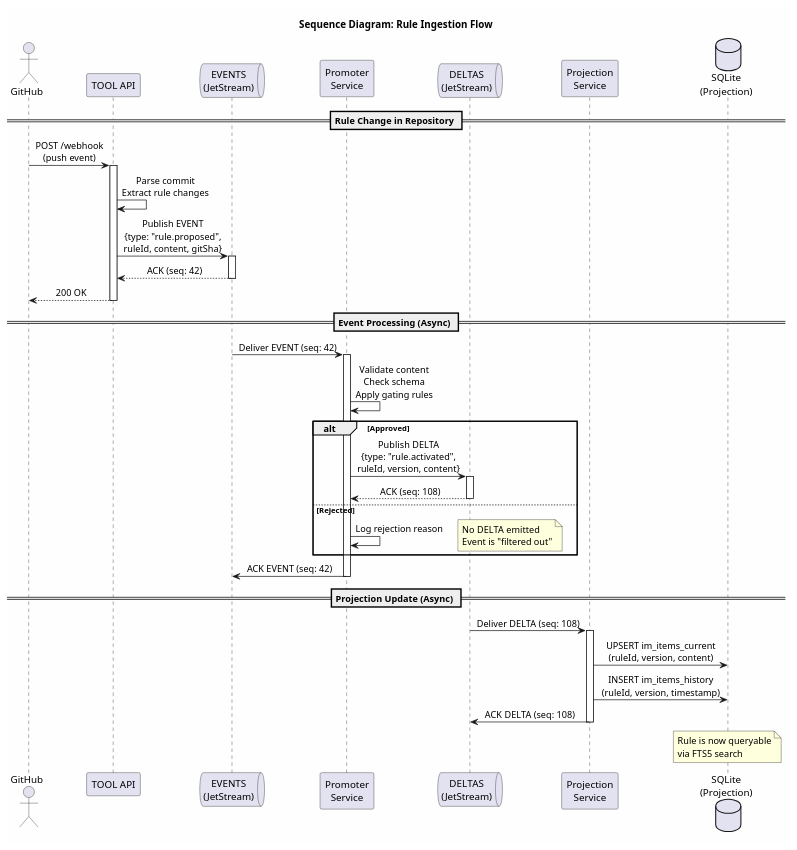
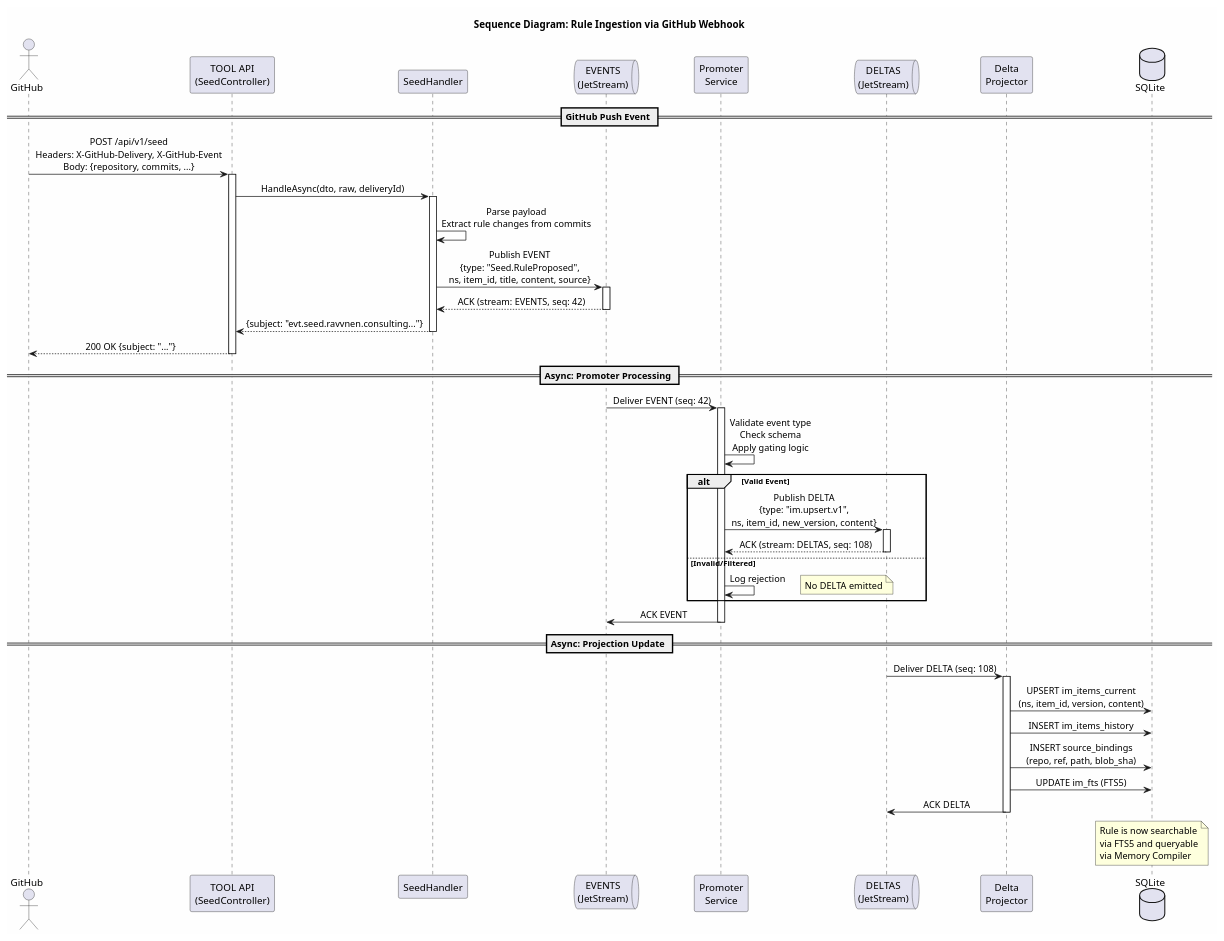
Before and after one commit to ravvnen/TOOL: the diagram in diagrams/seq_1_rule_ingestion.puml, drawn with PlantUML. The commit also changed 4 other files, not shown here.

First line of the commit message:
Fix remaining PlantUML diagrams for accuracy

```diff
--- a/diagrams/seq_1_rule_ingestion.puml
+++ b/diagrams/seq_1_rule_ingestion.puml
@@ -1,63 +1,72 @@
 @startuml Sequence_RuleIngestion
-title Sequence Diagram: Rule Ingestion Flow
+title Sequence Diagram: Rule Ingestion via GitHub Webhook
 
 skinparam backgroundColor #FEFEFE
 skinparam sequenceMessageAlign center
 
 actor "GitHub" as GH
-participant "TOOL API" as API
+participant "TOOL API\n(SeedController)" as API
+participant "SeedHandler" as HANDLER
 queue "EVENTS\n(JetStream)" as EVENTS
 participant "Promoter\nService" as PROMOTER
 queue "DELTAS\n(JetStream)" as DELTAS
-participant "Projection\nService" as PROJECTOR
-database "SQLite\n(Projection)" as DB
+participant "Delta\nProjector" as PROJECTOR
+database "SQLite" as DB
 
-== Rule Change in Repository ==
+== GitHub Push Event ==
 
-GH -> API: POST /webhook\n(push event)
+GH -> API: POST /api/v1/seed\nHeaders: X-GitHub-Delivery, X-GitHub-Event\nBody: {repository, commits, ...}
 activate API
 
-API -> API: Parse commit\nExtract rule changes
+API -> HANDLER: HandleAsync(dto, raw, deliveryId)
+activate HANDLER
 
-API -> EVENTS: Publish EVENT\n{type: "rule.proposed",\nruleId, content, gitSha}
+HANDLER -> HANDLER: Parse payload\nExtract rule changes from commits
+
+HANDLER -> EVENTS: Publish EVENT\n{type: "Seed.RuleProposed",\nns, item_id, title, content, source}
 activate EVENTS
-EVENTS --> API: ACK (seq: 42)
+EVENTS --> HANDLER: ACK (stream: EVENTS, seq: 42)
 deactivate EVENTS
 
-API --> GH: 200 OK
+HANDLER --> API: {subject: "evt.seed.ravvnen.consulting..."}
+deactivate HANDLER
+
+API --> GH: 200 OK {subject: "..."}
 deactivate API
 
-== Event Processing (Async) ==
+== Async: Promoter Processing ==
 
 EVENTS -> PROMOTER: Deliver EVENT (seq: 42)
 activate PROMOTER
 
-PROMOTER -> PROMOTER: Validate content\nCheck schema\nApply gating rules
+PROMOTER -> PROMOTER: Validate event type\nCheck schema\nApply gating logic
 
-alt Approved
-    PROMOTER -> DELTAS: Publish DELTA\n{type: "rule.activated",\nruleId, version, content}
+alt Valid Event
+    PROMOTER -> DELTAS: Publish DELTA\n{type: "im.upsert.v1",\nns, item_id, new_version, content}
     activate DELTAS
-    DELTAS --> PROMOTER: ACK (seq: 108)
+    DELTAS --> PROMOTER: ACK (stream: DELTAS, seq: 108)
     deactivate DELTAS
-else Rejected
-    PROMOTER -> PROMOTER: Log rejection reason
-    note right: No DELTA emitted\nEvent is "filtered out"
+else Invalid/Filtered
+    PROMOTER -> PROMOTER: Log rejection
+    note right: No DELTA emitted
 end
 
-PROMOTER -> EVENTS: ACK EVENT (seq: 42)
+PROMOTER -> EVENTS: ACK EVENT
 deactivate PROMOTER
 
-== Projection Update (Async) ==
+== Async: Projection Update ==
 
 DELTAS -> PROJECTOR: Deliver DELTA (seq: 108)
 activate PROJECTOR
 
-PROJECTOR -> DB: UPSERT im_items_current\n(ruleId, version, content)
-PROJECTOR -> DB: INSERT im_items_history\n(ruleId, version, timestamp)
+PROJECTOR -> DB: UPSERT im_items_current\n(ns, item_id, version, content)
+PROJECTOR -> DB: INSERT im_items_history
+PROJECTOR -> DB: INSERT source_bindings\n(repo, ref, path, blob_sha)
+PROJECTOR -> DB: UPDATE im_fts (FTS5)
 
-PROJECTOR -> DELTAS: ACK DELTA (seq: 108)
+PROJECTOR -> DELTAS: ACK DELTA
 deactivate PROJECTOR
 
-note over DB: Rule is now queryable\nvia FTS5 search
+note over DB: Rule is now searchable\nvia FTS5 and queryable\nvia Memory Compiler
 
 @enduml
```
